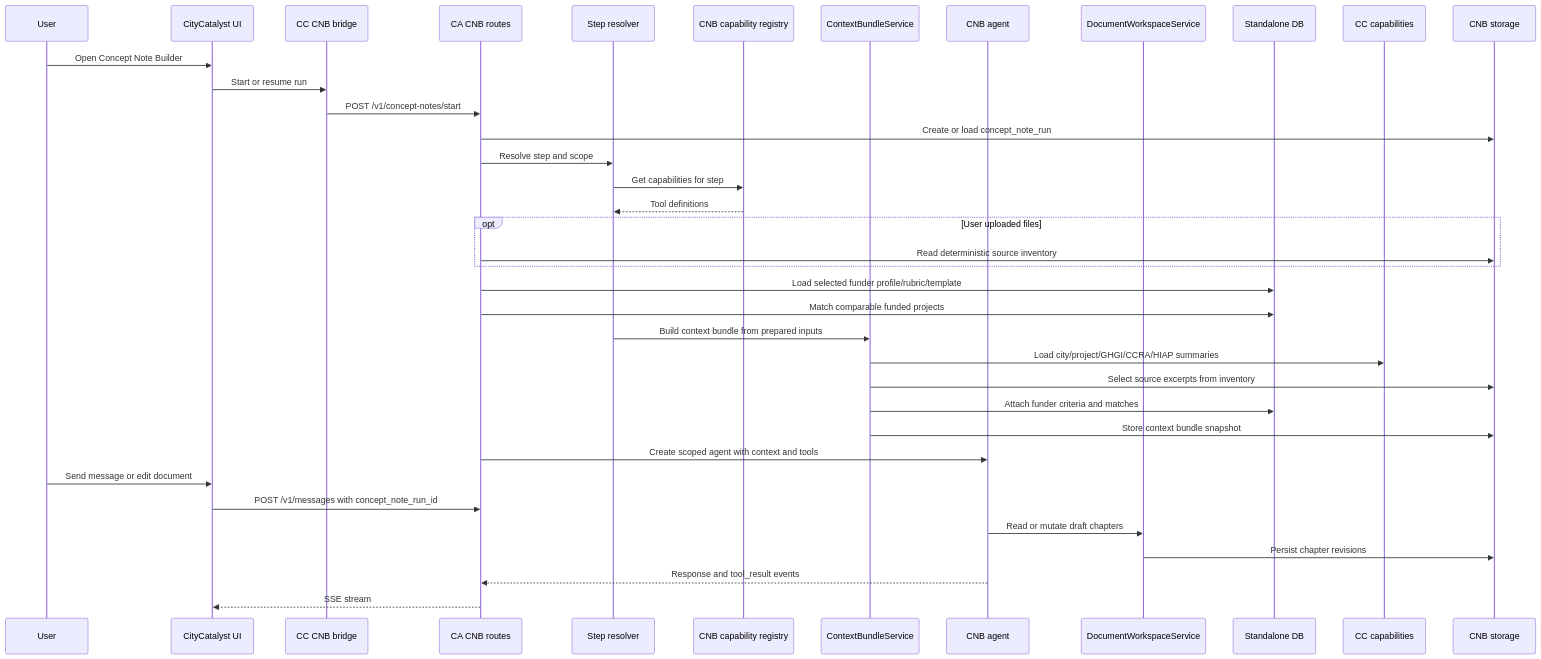
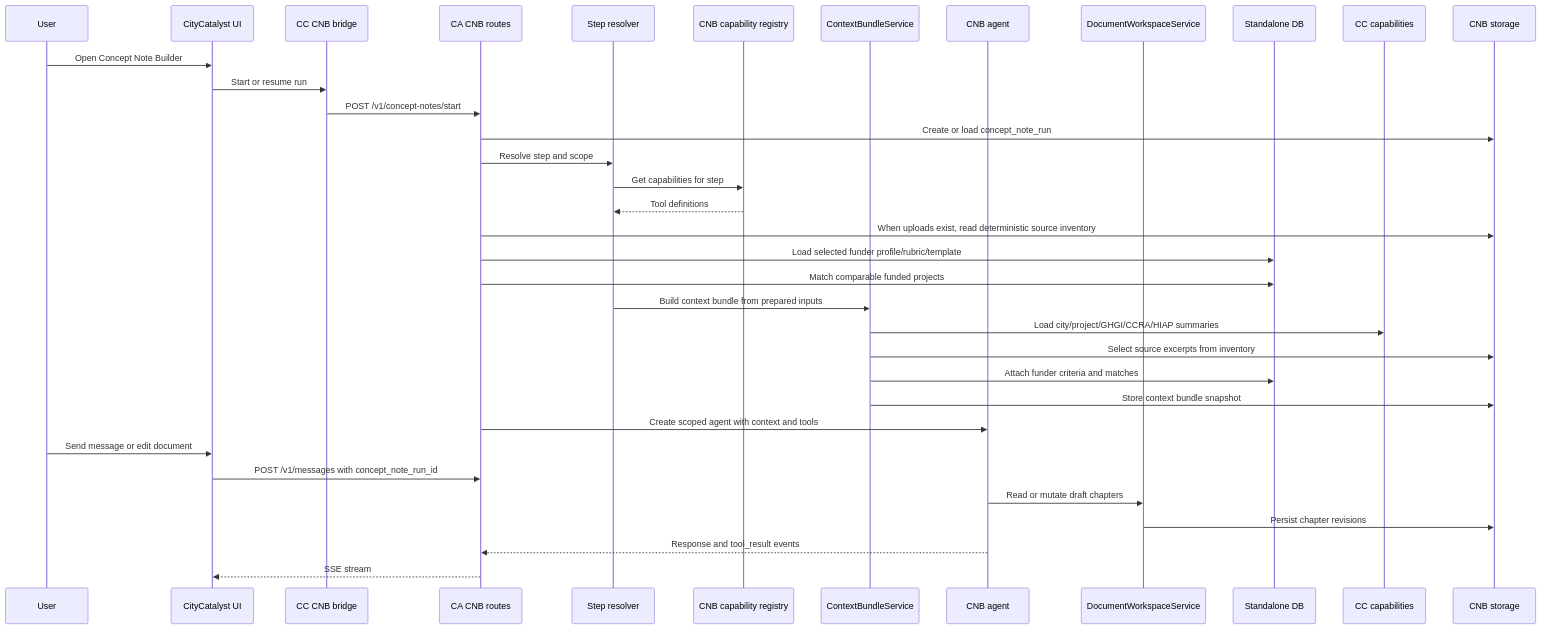
The fourth of 15 diagrams in docs/ConceptNoteBuilderArchitecture.md (Open-Earth-Foundation/CityCatalyst), drawn with Mermaid before and after one commit.

Commit message:
docs: clarify optional upload inventory flow

````diff
--- a/docs/ConceptNoteBuilderArchitecture.md
+++ b/docs/ConceptNoteBuilderArchitecture.md
@@ -234,40 +234,38 @@
 ```mermaid
 sequenceDiagram
     participant User
     participant CCUI as CityCatalyst UI
     participant CCBridge as CC CNB bridge
     participant CA as CA CNB routes
     participant Resolver as Step resolver
     participant Registry as CNB capability registry
     participant Context as ContextBundleService
     participant Agent as CNB agent
     participant Doc as DocumentWorkspaceService
     participant Research as Standalone DB
     participant CC as CC capabilities
     participant DB as CNB storage
 
     User->>CCUI: Open Concept Note Builder
     CCUI->>CCBridge: Start or resume run
     CCBridge->>CA: POST /v1/concept-notes/start
     CA->>DB: Create or load concept_note_run
     CA->>Resolver: Resolve step and scope
     Resolver->>Registry: Get capabilities for step
     Registry-->>Resolver: Tool definitions
-    opt User uploaded files
-        CA->>DB: Read deterministic source inventory
-    end
+    CA->>DB: When uploads exist, read deterministic source inventory
     CA->>Research: Load selected funder profile/rubric/template
     CA->>Research: Match comparable funded projects
     Resolver->>Context: Build context bundle from prepared inputs
     Context->>CC: Load city/project/GHGI/CCRA/HIAP summaries
     Context->>DB: Select source excerpts from inventory
     Context->>Research: Attach funder criteria and matches
     Context->>DB: Store context bundle snapshot
     CA->>Agent: Create scoped agent with context and tools
     User->>CCUI: Send message or edit document
     CCUI->>CA: POST /v1/messages with concept_note_run_id
     Agent->>Doc: Read or mutate draft chapters
     Doc->>DB: Persist chapter revisions
     Agent-->>CA: Response and tool_result events
     CA-->>CCUI: SSE stream
 ```
````
